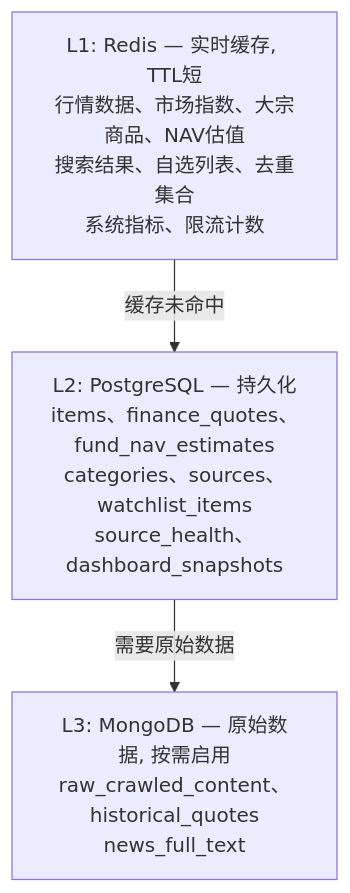
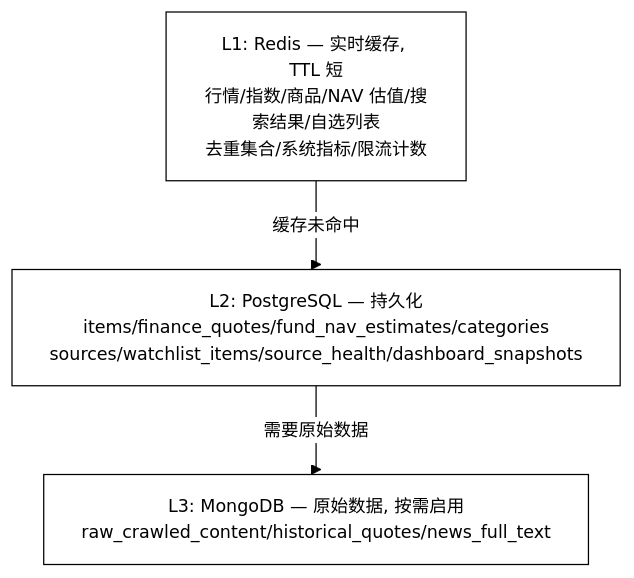
One commit to onceme/instantboard changed the sixth of 12 diagrams in docs/design/data-flow.md. Above: the diagram before and after it, drawn with Mermaid. The commit also changed other lines of this file and 11 other files, not shown here.

Commit message:
docs: unify mermaid diagrams to black-and-white orthogonal style

````diff
--- a/docs/design/data-flow.md
+++ b/docs/design/data-flow.md
@@ -444,8 +474,9 @@
 ```mermaid
+%%{init: {"theme": "base", "themeVariables": {"background": "#ffffff", "primaryColor": "#ffffff", "primaryTextColor": "#000000", "primaryBorderColor": "#000000", "lineColor": "#000000", "secondaryColor": "#ffffff", "secondaryTextColor": "#000000", "secondaryBorderColor": "#000000", "tertiaryColor": "#ffffff", "tertiaryTextColor": "#000000", "tertiaryBorderColor": "#000000", "edgeLabelBackground": "#ffffff", "textColor": "#000000", "nodeTextColor": "#000000", "mainBkg": "#ffffff", "nodeBorder": "#000000", "clusterBkg": "#ffffff", "clusterBdr": "#000000", "clusterTextColor": "#000000", "titleColor": "#000000", "fontSize": "14px"}, "flowchart": {"curve": "step", "nodeSpacing": 40, "rankSpacing": 50, "wrappingWidth": 180, "useMaxWidth": true}}}%%
 graph TD
-    L1["L1: Redis — 实时缓存, TTL短<br>行情数据、市场指数、大宗商品、NAV估值<br>搜索结果、自选列表、去重集合<br>系统指标、限流计数"]
-    L2["L2: PostgreSQL — 持久化<br>items、finance_quotes、fund_nav_estimates<br>categories、sources、watchlist_items<br>source_health、dashboard_snapshots"]
-    L3["L3: MongoDB — 原始数据, 按需启用<br>raw_crawled_content、historical_quotes<br>news_full_text"]
+    L1["L1: Redis — 实时缓存, TTL 短<br>行情/指数/商品/NAV 估值/搜索结果/自选列表<br>去重集合/系统指标/限流计数"]
+    L2["L2: PostgreSQL — 持久化<br>items/finance_quotes/fund_nav_estimates/categories<br>sources/watchlist_items/source_health/dashboard_snapshots"]
+    L3["L3: MongoDB — 原始数据, 按需启用<br>raw_crawled_content/historical_quotes/news_full_text"]
     L1 -->|"缓存未命中"| L2
     L2 -->|"需要原始数据"| L3
 ```
````
